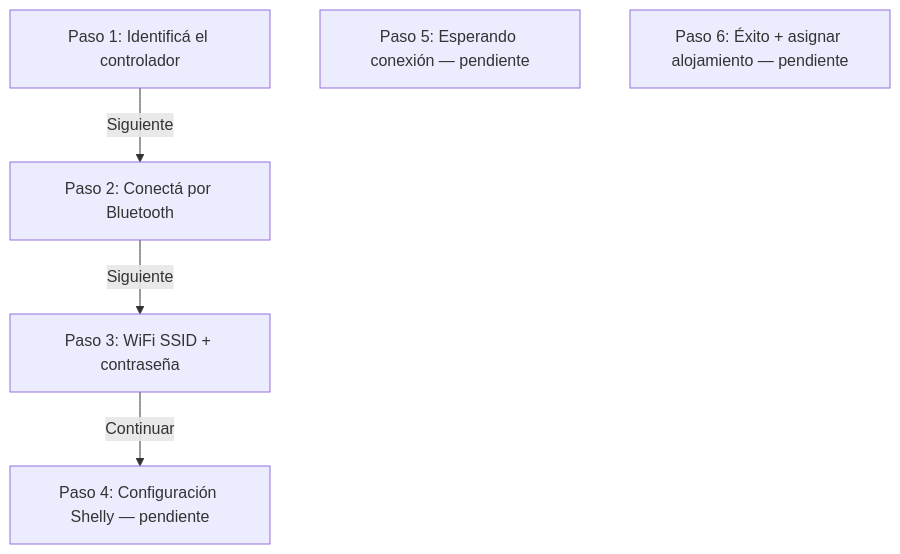
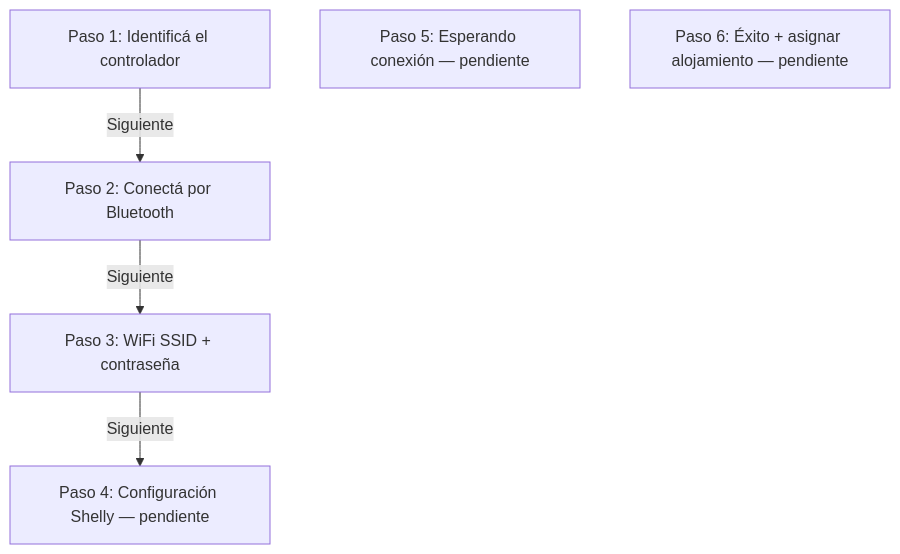
The diagram in AGENTS.md (Maurix09/habitergy-link-android), drawn with Mermaid before and after one commit. The commit also changed other lines of this file and 4 other files, not shown here.

````diff
--- a/AGENTS.md
+++ b/AGENTS.md
@@ -140,13 +140,13 @@
 ```mermaid
 flowchart TD
   S1[Paso 1: Identificá el controlador]
   S2[Paso 2: Conectá por Bluetooth]
   S3[Paso 3: WiFi SSID + contraseña]
   S4[Paso 4: Configuración Shelly — pendiente]
   S5[Paso 5: Esperando conexión — pendiente]
   S6[Paso 6: Éxito + asignar alojamiento — pendiente]
 
   S1 -->|Siguiente| S2
   S2 -->|Siguiente| S3
-  S3 -->|Continuar| S4
+  S3 -->|Siguiente| S4
 ```
````
